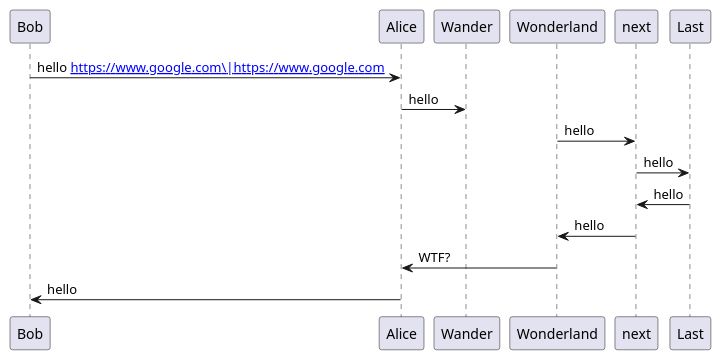
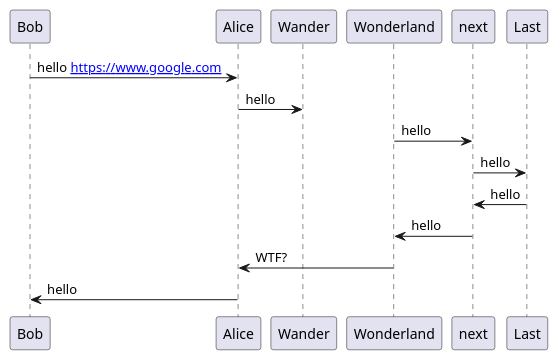
The third of 4 diagrams in src/site/notes/知识/内容创作/obsidian/obsidian-kroki.md (nemossi/iknow.pub), drawn with PlantUML before and after one commit. The commit also changed other lines of this file and 5 other files, not shown here.

````diff
--- a/src/site/notes/知识/内容创作/obsidian/obsidian-kroki.md
+++ b/src/site/notes/知识/内容创作/obsidian/obsidian-kroki.md
@@ -1586,10 +1583,10 @@
 ```kroki-plantuml
-Bob -> Alice : hello [[https://www.google.com\|https://www.google.com]]
+Bob -> Alice : hello [[https://www.google.com]]
 Alice -> Wander: hello
 Wonderland -> next: hello
 next -> Last: hello
 Last -> next: hello
 next -> Wonderland : hello
 Wonderland -> Alice : WTF?
 Alice -> Bob: hello
 ```
````
